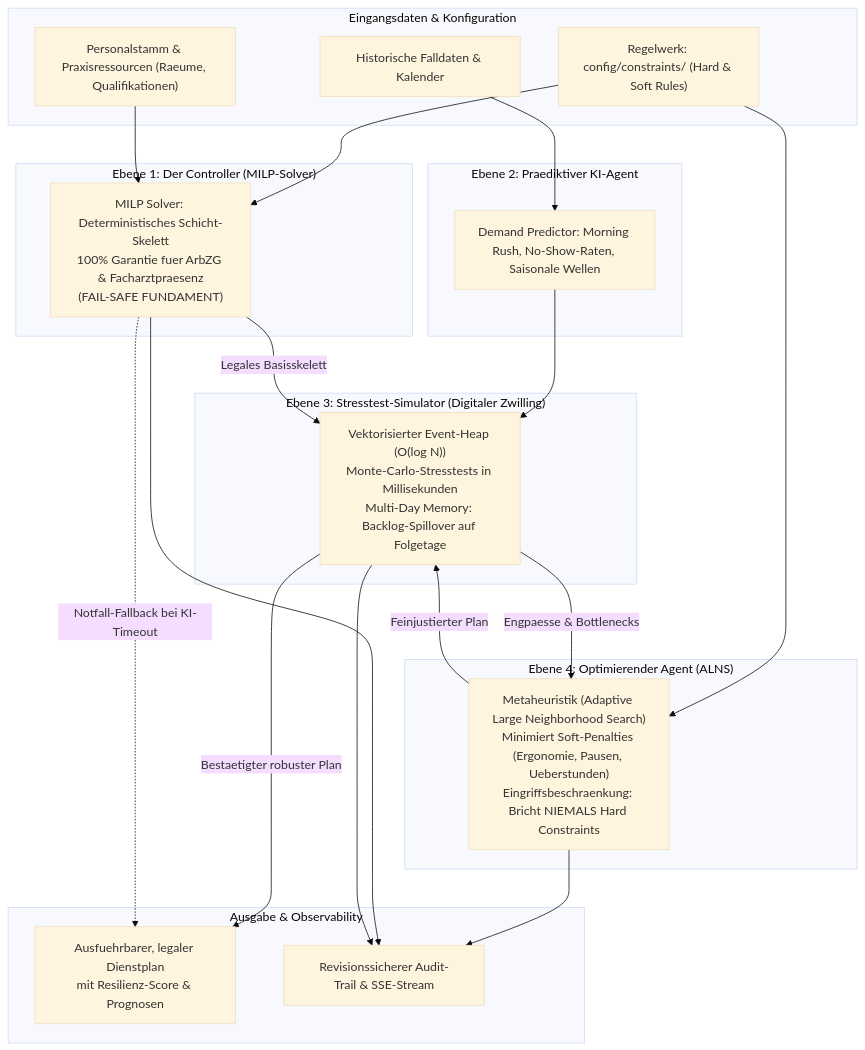
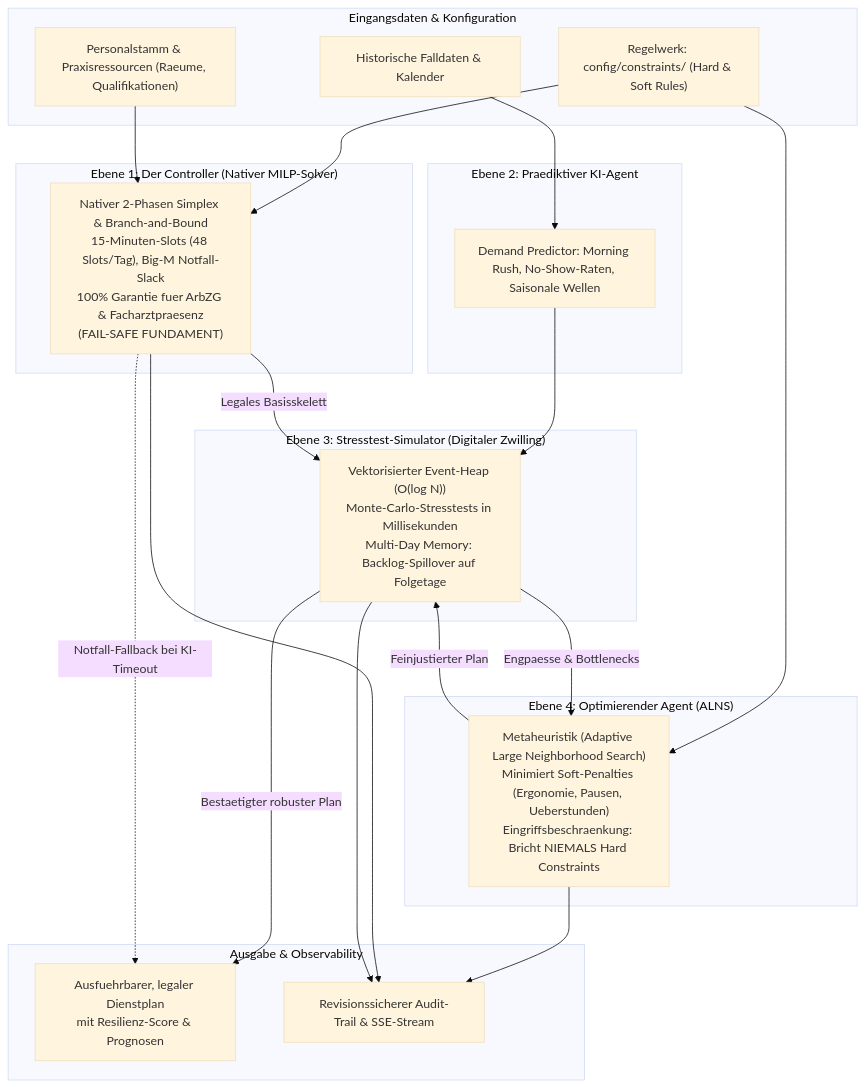
One commit to nico-hrw/med-os changed the first of 2 diagrams in docs/about/plugins/engine-v2-plugin.md. Above: the diagram before and after it, drawn with Mermaid (base theme). The commit also changed other lines of this file and 32 other files, not shown here.

````diff
--- a/docs/about/plugins/engine-v2-plugin.md
+++ b/docs/about/plugins/engine-v2-plugin.md
@@ -111,43 +114,43 @@
 ```mermaid
 flowchart TD
     subgraph Input ["Eingangsdaten & Konfiguration"]
         R["Regelwerk: config/constraints/ (Hard & Soft Rules)"]
         P["Personalstamm & Praxisressourcen (Raeume, Qualifikationen)"]
         H["Historische Falldaten & Kalender"]
     end
 
     subgraph Layer2 ["Ebene 2: Praediktiver KI-Agent"]
         Pred["Demand Predictor: Morning Rush, No-Show-Raten, Saisonale Wellen"]
     end
 
-    subgraph Layer1 ["Ebene 1: Der Controller (MILP-Solver)"]
-        MILP["MILP Solver: Deterministisches Schicht-Skelett\n100% Garantie fuer ArbZG & Facharztpraesenz\n(FAIL-SAFE FUNDAMENT)"]
+    subgraph Layer1 ["Ebene 1: Der Controller (Nativer MILP-Solver)"]
+        MILP["Nativer 2-Phasen Simplex & Branch-and-Bound\n15-Minuten-Slots (48 Slots/Tag), Big-M Notfall-Slack\n100% Garantie fuer ArbZG & Facharztpraesenz\n(FAIL-SAFE FUNDAMENT)"]
     end
 
     subgraph Layer3 ["Ebene 3: Stresstest-Simulator (Digitaler Zwilling)"]
         Sim["Vektorisierter Event-Heap (O(log N))\nMonte-Carlo-Stresstests in Millisekunden\nMulti-Day Memory: Backlog-Spillover auf Folgetage"]
     end
 
     subgraph Layer4 ["Ebene 4: Optimierender Agent (ALNS)"]
         ALNS["Metaheuristik (Adaptive Large Neighborhood Search)\nMinimiert Soft-Penalties (Ergonomie, Pausen, Ueberstunden)\nEingriffsbeschraenkung: Bricht NIEMALS Hard Constraints"]
     end
 
     subgraph Output ["Ausgabe & Observability"]
         FinalPlan["Ausfuehrbarer, legaler Dienstplan\nmit Resilienz-Score & Prognosen"]
         Audit["Revisionssicherer Audit-Trail & SSE-Stream"]
     end
 
     R --> MILP
     R --> ALNS
     P --> MILP
     H --> Pred
     Pred --> Sim
     MILP -->|Legales Basisskelett| Sim
     Sim -->|Engpaesse & Bottlenecks| ALNS
     ALNS -->|Feinjustierter Plan| Sim
     Sim -->|Bestaetigter robuster Plan| FinalPlan
     MILP -.->|Notfall-Fallback bei KI-Timeout| FinalPlan
     ALNS --> Audit
     MILP --> Audit
     Sim --> Audit
 ```
````
